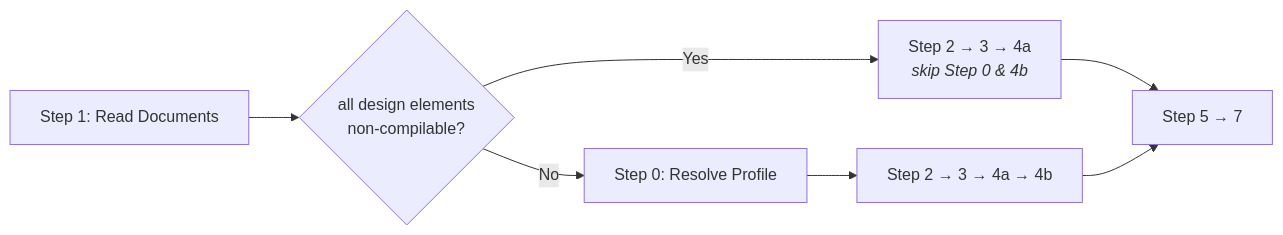
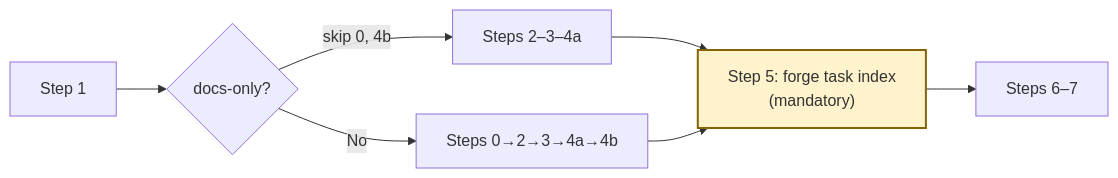
One commit to bigfaner/forge changed the diagram in plugins/forge/skills/breakdown-tasks/SKILL.md. Above: the diagram before and after it, drawn with Mermaid. The commit also changed other lines of this file and 2 other files, not shown here.

Commit message:
fix(skills): clarify docs-only fast path requires forge task index
Concise docs-only fast path in quick-tasks and breakdown-tasks with
enhanced mermaid flowcharts showing Step 5 as mandatory convergence.

````diff
--- a/plugins/forge/skills/breakdown-tasks/SKILL.md
+++ b/plugins/forge/skills/breakdown-tasks/SKILL.md
@@ -34,9 +31,10 @@
 ```mermaid
 graph LR
-    S1["Step 1: Read Documents"] --> D{"all design elements<br>non-compilable?"}
-    D -->|Yes| S2["Step 2 → 3 → 4a<br><i>skip Step 0 & 4b</i>"]
-    D -->|No| S0["Step 0: Resolve Profile"]
-    S0 --> S2x["Step 2 → 3 → 4a → 4b"]
-    S2 --> S5["Step 5 → 7"]
-    S2x --> S5
+    S1["Step 1"] --> D{"docs-only?"}
+    D -->|"skip 0, 4b"| B["Steps 2–3–4a"]
+    D -->|No| A["Steps 0→2→3→4a→4b"]
+    B --> S5
+    A --> S5
+    S5["Step 5: forge task index<br>(mandatory)"] --> S67["Steps 6–7"]
+    style S5 fill:#fff3cd,stroke:#856404,stroke-width:2px
 ```
````
